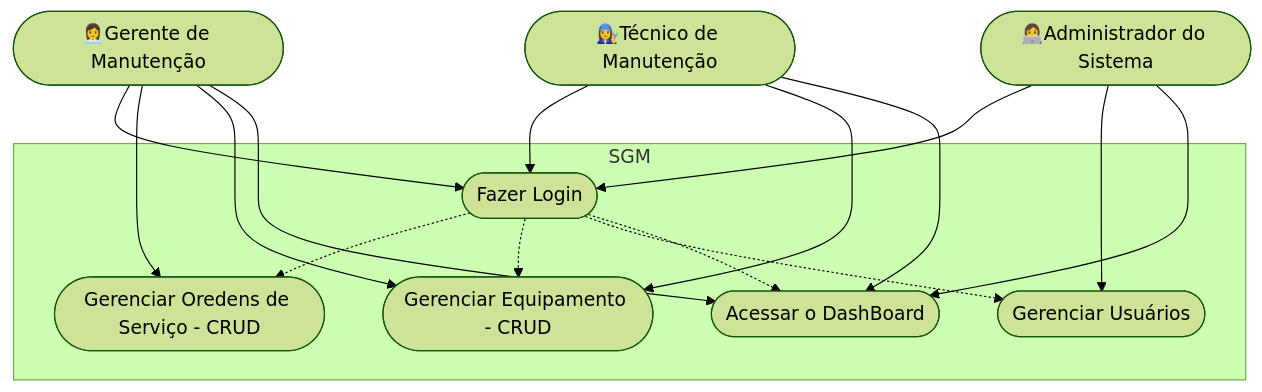
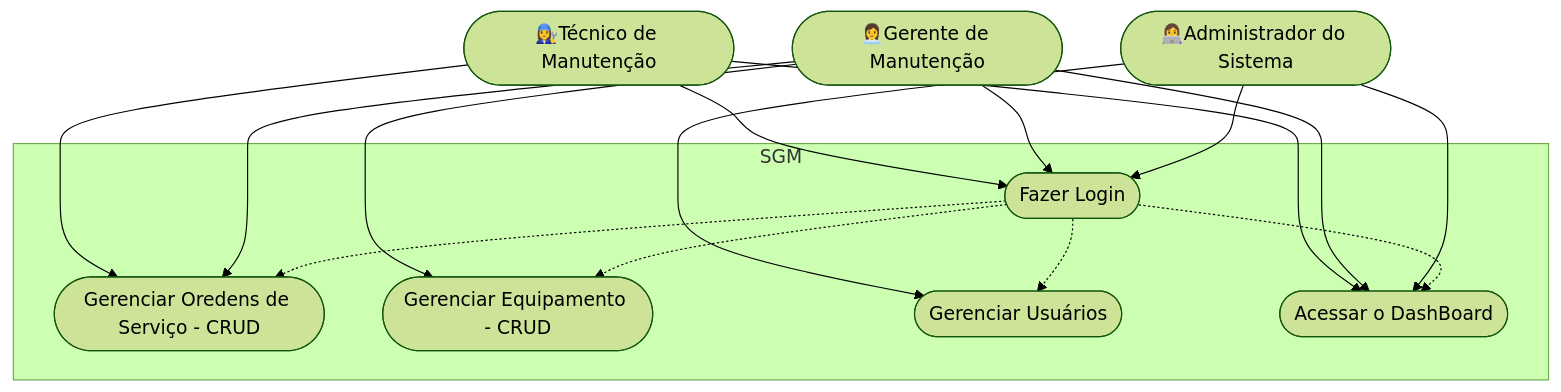
Before and after one commit to ju130-star/FrontEnd: the second of 3 diagrams in Frameworks/Next/formativa-sgm/README.md, drawn with Mermaid (forest theme). The commit also changed 6 other files, not shown here.

````diff
--- a/Frameworks/Next/formativa-sgm/README.md
+++ b/Frameworks/Next/formativa-sgm/README.md
@@ -99,36 +99,36 @@
 ```mermaid
 
   graph TD 
   
     subgraph "SGM"
     caso1([Fazer Login])
     caso2([Gerenciar Oredens de Serviço - CRUD])
     caso3([Gerenciar Equipamento - CRUD])
     caso4([Gerenciar Usuários])
     caso5([Acessar o DashBoard])
 
     end
      
      Tecnico([👩‍🔧Técnico de Manutenção])
      Gerente([👩‍💼Gerente de Manutenção])
      Admin([👩‍💻Administrador do Sistema])
 
     Tecnico --> caso1
-    Tecnico --> caso3
+    Tecnico --> caso2
     Tecnico --> caso5
 
     Gerente --> caso1
     Gerente --> caso2
     Gerente --> caso3
     Gerente --> caso5
 
     Admin --> caso1
     Admin --> caso4
     Admin --> caso5
 
     caso1 -.-> caso2
     caso1 -.-> caso3
     caso1 -.-> caso4
     caso1 -.-> caso5
     
 ```
````
